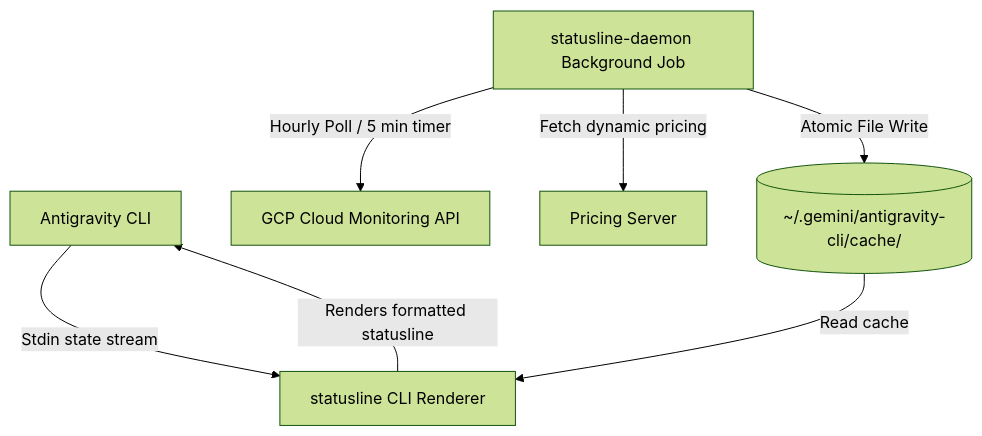
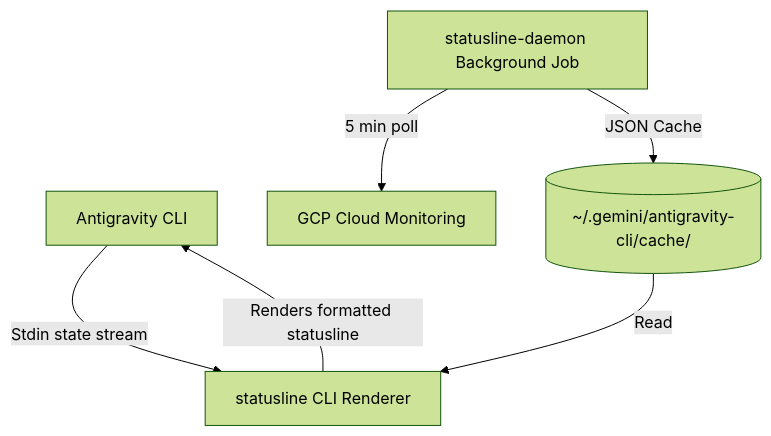
Before and after one commit to chrisrickenbacher/antigravity-statusline: the diagram in README.md, drawn with Mermaid (forest theme). The commit also changed other lines of this file and 1 other file, not shown here.

````diff
--- a/README.md
+++ b/README.md
@@ -23,11 +14,9 @@
 ```mermaid
 graph TD
     AG[Antigravity CLI] -->|Stdin state stream| SL[statusline CLI Renderer]
     SL -->|Renders formatted statusline| AG
     
-    Daemon[statusline-daemon Background Job] -->|Hourly Poll / 5 min timer| GCP[GCP Cloud Monitoring API]
-    Daemon -->|Fetch dynamic pricing| PE[Pricing Server]
-    
-    Daemon -->|Atomic File Write| CacheDir[(~/.gemini/antigravity-cli/cache/)]
-    CacheDir -->|Read cache| SL
+    Daemon[statusline-daemon Background Job] -->|5 min poll| GCP[GCP Cloud Monitoring]
+    Daemon -->|JSON Cache| CacheDir[(~/.gemini/antigravity-cli/cache/)]
+    CacheDir -->|Read| SL
 ```
````
